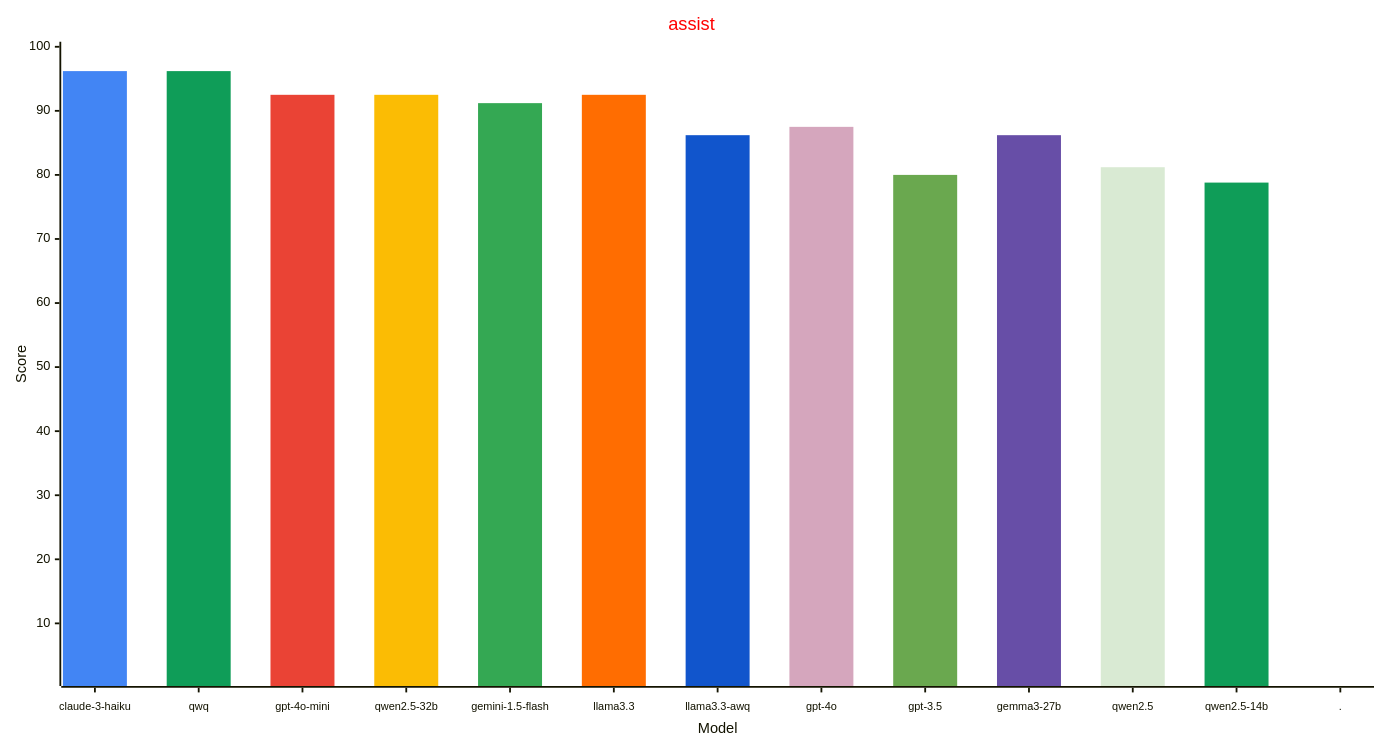
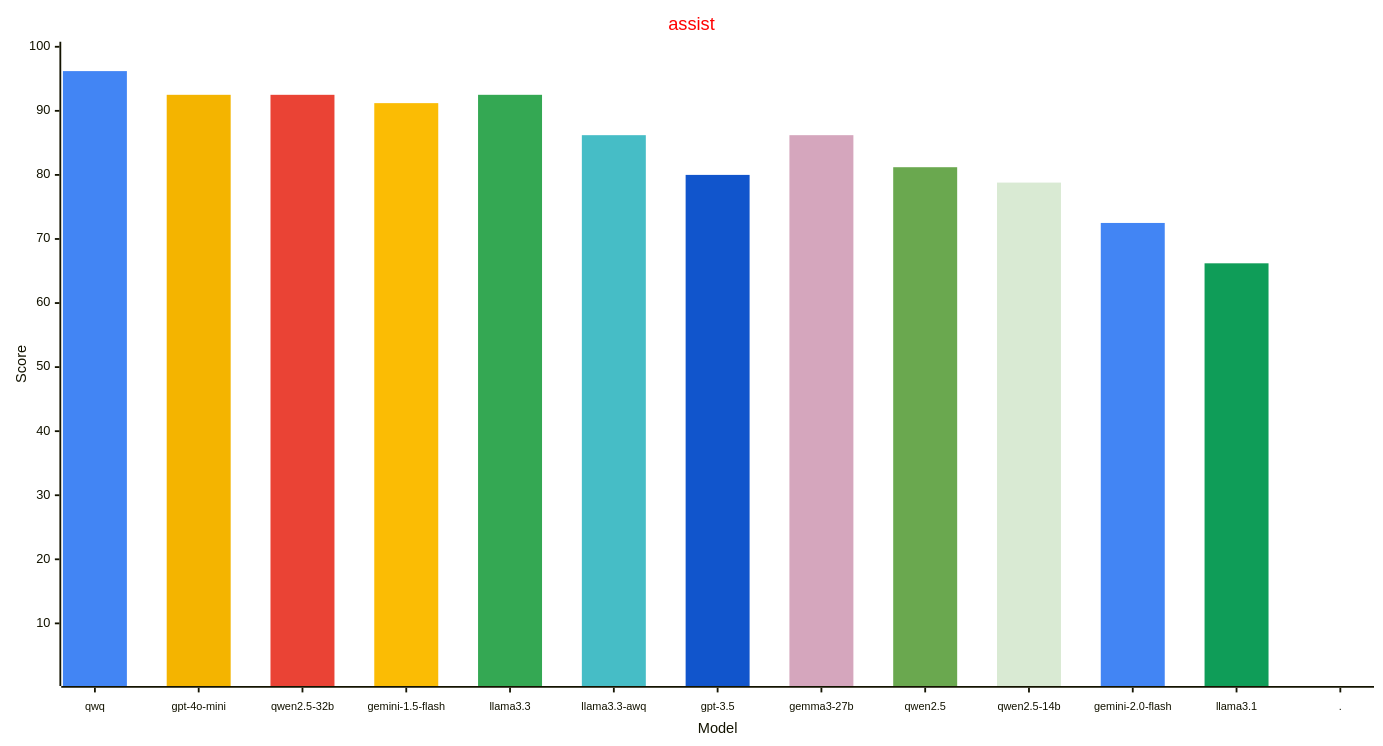
The first of 4 diagrams in reports/README.md (allenporter/home-assistant-datasets), drawn with Mermaid before and after one commit. The commit also changed other lines of this file and 3 other files, not shown here.

````diff
--- a/reports/README.md
+++ b/reports/README.md
@@ -57,33 +48,33 @@
 ```mermaid
 ---
 config:
     xyChart:
         width: 1500
         height: 800
         xAxis:
           labelFontSize: 12
           labelPadding: 8
     themeVariables:
         xyChart:
             titleColor: "#ff0000"
-            plotColorPalette: "#4285f4, #0f9d58, #ea4335, #fbbc04, #34a853, #ff6d01, #1155cc, #d5a6bd, #6aa84f, #674ea7, #d9ead3, #0f9d58, #4285f4"
+            plotColorPalette: "#4285f4, #f4b400, #ea4335, #fbbc04, #34a853, #46bdc6, #1155cc, #d5a6bd, #6aa84f, #d9ead3, #4285f4, #0f9d58, #4285f4"
 
 ---
 xychart-beta
   title "assist"
-  x-axis "Model" [claude-3-haiku, qwq, gpt-4o-mini, qwen2.5-32b, gemini-1.5-flash, llama3.3, llama3.3-awq, gpt-4o, gpt-3.5, gemma3-27b, qwen2.5, qwen2.5-14b, .]
+  x-axis "Model" [qwq, gpt-4o-mini, qwen2.5-32b, gemini-1.5-flash, llama3.3, llama3.3-awq, gpt-3.5, gemma3-27b, qwen2.5, qwen2.5-14b, gemini-2.0-flash, llama3.1, .]
   y-axis "Score" 1 --> 100
   bar [96.2, 0.0, 0.0, 0.0, 0.0, 0.0, 0.0, 0.0, 0.0, 0.0, 0.0, 0.0, 0.0]
-  bar [0.0, 96.2, 0.0, 0.0, 0.0, 0.0, 0.0, 0.0, 0.0, 0.0, 0.0, 0.0, 0.0]
+  bar [0.0, 92.5, 0.0, 0.0, 0.0, 0.0, 0.0, 0.0, 0.0, 0.0, 0.0, 0.0, 0.0]
   bar [0.0, 0.0, 92.5, 0.0, 0.0, 0.0, 0.0, 0.0, 0.0, 0.0, 0.0, 0.0, 0.0]
-  bar [0.0, 0.0, 0.0, 92.5, 0.0, 0.0, 0.0, 0.0, 0.0, 0.0, 0.0, 0.0, 0.0]
-  bar [0.0, 0.0, 0.0, 0.0, 91.2, 0.0, 0.0, 0.0, 0.0, 0.0, 0.0, 0.0, 0.0]
-  bar [0.0, 0.0, 0.0, 0.0, 0.0, 92.5, 0.0, 0.0, 0.0, 0.0, 0.0, 0.0, 0.0]
-  bar [0.0, 0.0, 0.0, 0.0, 0.0, 0.0, 86.2, 0.0, 0.0, 0.0, 0.0, 0.0, 0.0]
-  bar [0.0, 0.0, 0.0, 0.0, 0.0, 0.0, 0.0, 87.5, 0.0, 0.0, 0.0, 0.0, 0.0]
-  bar [0.0, 0.0, 0.0, 0.0, 0.0, 0.0, 0.0, 0.0, 80.0, 0.0, 0.0, 0.0, 0.0]
-  bar [0.0, 0.0, 0.0, 0.0, 0.0, 0.0, 0.0, 0.0, 0.0, 86.2, 0.0, 0.0, 0.0]
-  bar [0.0, 0.0, 0.0, 0.0, 0.0, 0.0, 0.0, 0.0, 0.0, 0.0, 81.2, 0.0, 0.0]
-  bar [0.0, 0.0, 0.0, 0.0, 0.0, 0.0, 0.0, 0.0, 0.0, 0.0, 0.0, 78.8, 0.0]
+  bar [0.0, 0.0, 0.0, 91.2, 0.0, 0.0, 0.0, 0.0, 0.0, 0.0, 0.0, 0.0, 0.0]
+  bar [0.0, 0.0, 0.0, 0.0, 92.5, 0.0, 0.0, 0.0, 0.0, 0.0, 0.0, 0.0, 0.0]
+  bar [0.0, 0.0, 0.0, 0.0, 0.0, 86.2, 0.0, 0.0, 0.0, 0.0, 0.0, 0.0, 0.0]
+  bar [0.0, 0.0, 0.0, 0.0, 0.0, 0.0, 80.0, 0.0, 0.0, 0.0, 0.0, 0.0, 0.0]
+  bar [0.0, 0.0, 0.0, 0.0, 0.0, 0.0, 0.0, 86.2, 0.0, 0.0, 0.0, 0.0, 0.0]
+  bar [0.0, 0.0, 0.0, 0.0, 0.0, 0.0, 0.0, 0.0, 81.2, 0.0, 0.0, 0.0, 0.0]
+  bar [0.0, 0.0, 0.0, 0.0, 0.0, 0.0, 0.0, 0.0, 0.0, 78.8, 0.0, 0.0, 0.0]
+  bar [0.0, 0.0, 0.0, 0.0, 0.0, 0.0, 0.0, 0.0, 0.0, 0.0, 72.5, 0.0, 0.0]
+  bar [0.0, 0.0, 0.0, 0.0, 0.0, 0.0, 0.0, 0.0, 0.0, 0.0, 0.0, 66.2, 0.0]
   bar [0.0, 0.0, 0.0, 0.0, 0.0, 0.0, 0.0, 0.0, 0.0, 0.0, 0.0, 0.0, -1.0]
 ```
````
